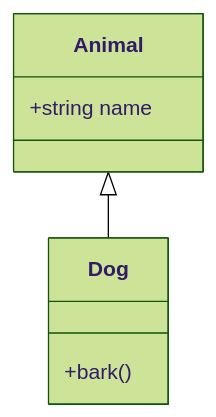
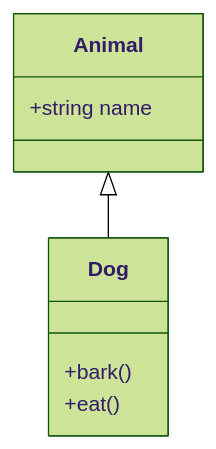
The diagram in documentation/Test.md (Ahmunna/update-wiki-test), drawn with Mermaid (forest theme) before and after one commit.

````diff
--- a/documentation/Test.md
+++ b/documentation/Test.md
@@ -6,13 +6,14 @@
 ```mermaid
 classDiagram
 
 class Animal{
     +string name
 }
 
 class Dog{
     +bark()
+    +eat()
 }
 
 Animal <|-- Dog
 ```
````
